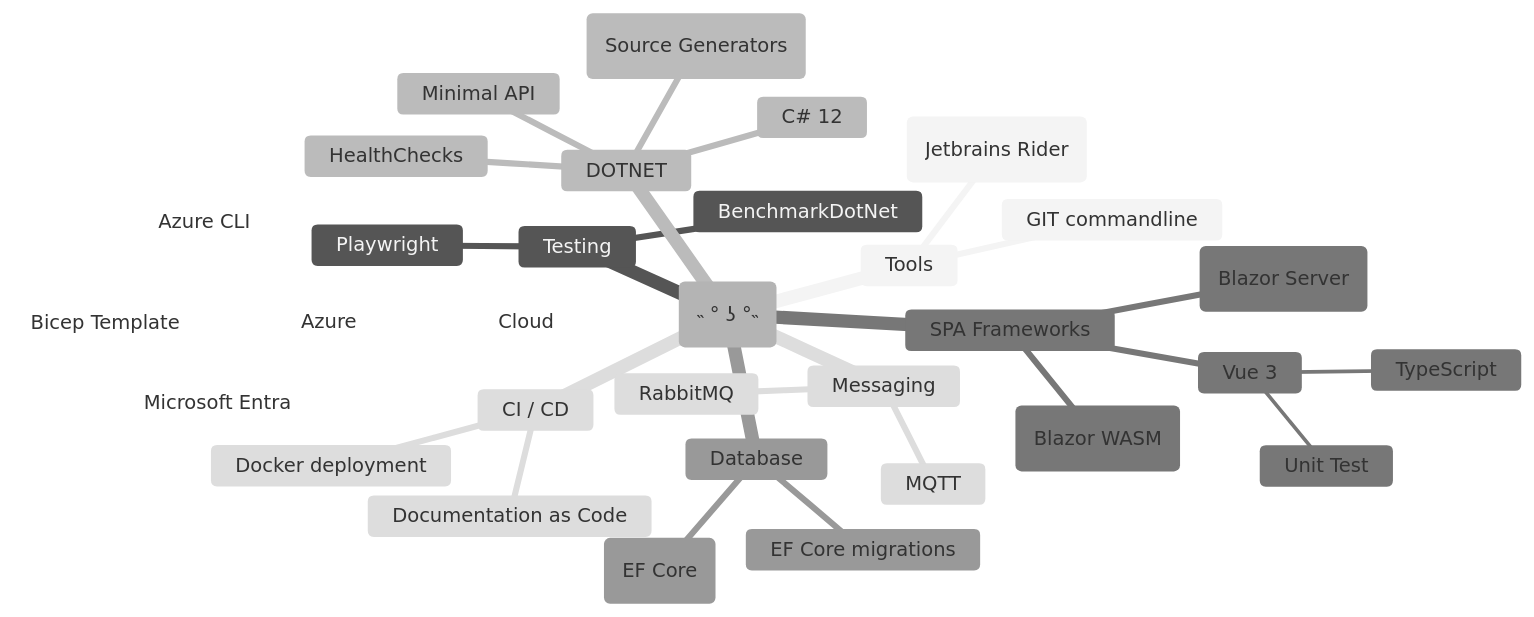
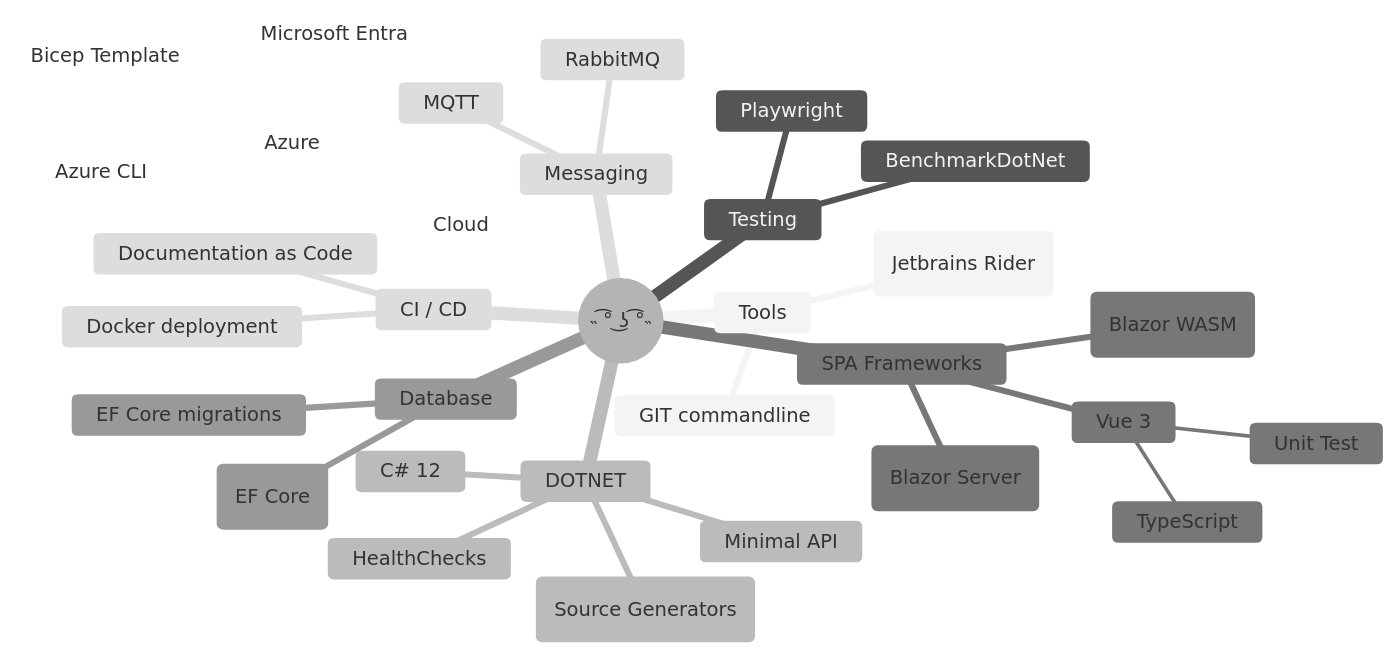
One commit to renevdhoek/renevdhoek changed the second of 3 diagrams in README.md. Above: the diagram before and after it, drawn with Mermaid (neutral theme).

````diff
--- a/README.md
+++ b/README.md
@@ -14,35 +14,35 @@
 ```mermaid
 mindmap
-  (˵ ° ʖ °˵)    
+  ((˵ ͡° ͜ʖ ͡°˵)    
     Tools      
         GIT commandline
         (Jetbrains Rider)
     Testing
       Playwright
       BenchmarkDotNet
     DOTNET
       C# 12
       HealthChecks
       (Source Generators)      
       Minimal API    
     SPA Frameworks
       Vue 3
         Unit Test
         TypeScript
       (Blazor Server)
       (Blazor WASM)
     Database
       EF Core migrations
       (EF Core)
     Messaging
       MQTT
       RabbitMQ
     Cloud
       Azure
         Microsoft Entra
         (Bicep Template)
         (Azure CLI)
     CI / CD
       Docker deployment
       Documentation as Code
 ```
````
